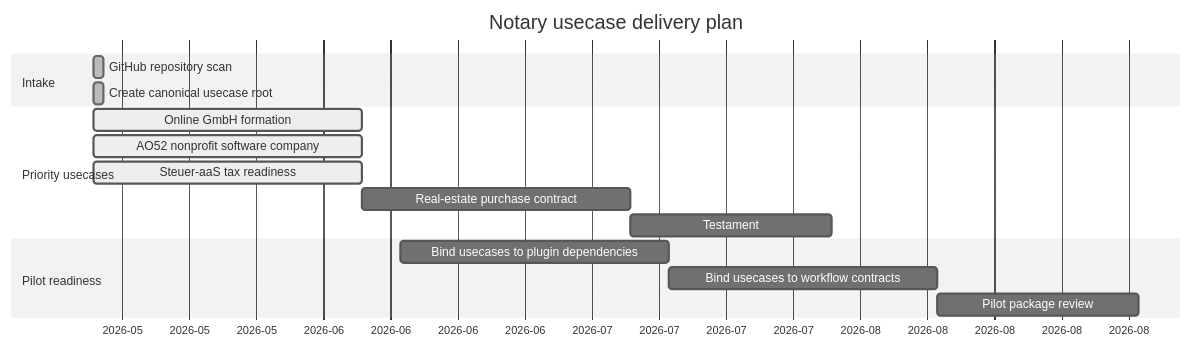
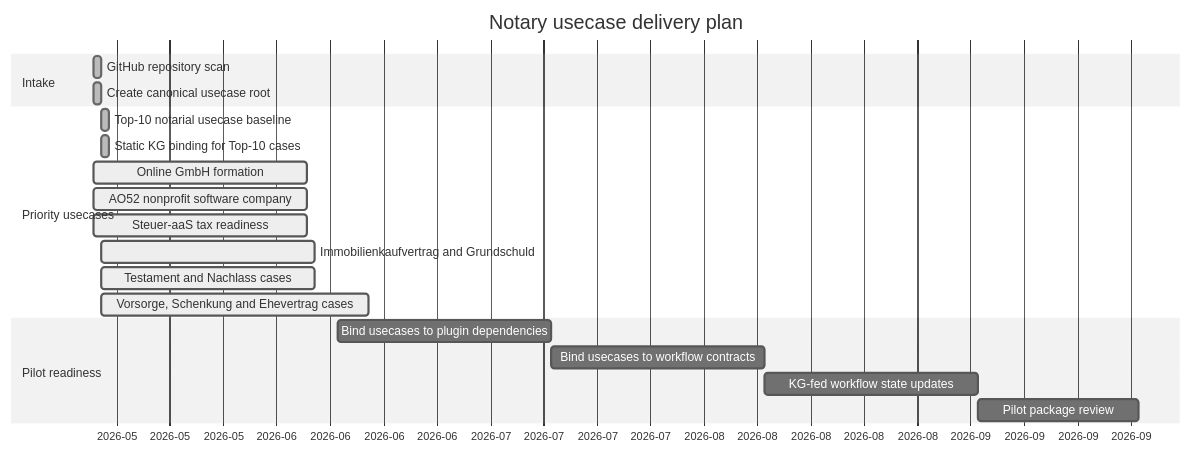
One commit to notariat8/NaC changed the diagram in usecases/GANTT.md. Above: the diagram before and after it, drawn with Mermaid (neutral theme). The commit also changed other lines of this file and 20 other files, not shown here.

Commit message:
Add top 10 notarial knowledge graph

````diff
--- a/usecases/GANTT.md
+++ b/usecases/GANTT.md
@@ -5,22 +5,26 @@
 ```mermaid
 gantt
     title Notary usecase delivery plan
     dateFormat  YYYY-MM-DD
     axisFormat  %Y-%m
 
     section Intake
     GitHub repository scan                      :done,   u1, 2026-05-14, 1d
     Create canonical usecase root              :done,   u2, 2026-05-14, 1d
 
     section Priority usecases
-    Online GmbH formation                       :active, u3, 2026-05-14, 28d
-    AO52 nonprofit software company            :active, u4, 2026-05-14, 28d
-    Steuer-aaS tax readiness                    :active, u5, 2026-05-14, 28d
-    Real-estate purchase contract              :        u6, after u5, 28d
-    Testament                                  :        u7, after u6, 21d
+    Top-10 notarial usecase baseline           :done,   u3, 2026-05-15, 1d
+    Static KG binding for Top-10 cases         :done,   u4, 2026-05-15, 1d
+    Online GmbH formation                      :active, u5, 2026-05-14, 28d
+    AO52 nonprofit software company            :active, u6, 2026-05-14, 28d
+    Steuer-aaS tax readiness                   :active, u7, 2026-05-14, 28d
+    Immobilienkaufvertrag and Grundschuld      :active, u8, 2026-05-15, 28d
+    Testament and Nachlass cases               :active, u9, 2026-05-15, 28d
+    Vorsorge, Schenkung and Ehevertrag cases   :active, u10, 2026-05-15, 35d
 
     section Pilot readiness
-    Bind usecases to plugin dependencies        :        u8, 2026-06-15, 28d
-    Bind usecases to workflow contracts         :        u9, after u8, 28d
-    Pilot package review                        :        u10, after u9, 21d
+    Bind usecases to plugin dependencies        :        u11, 2026-06-15, 28d
+    Bind usecases to workflow contracts         :        u12, after u11, 28d
+    KG-fed workflow state updates               :        u13, after u12, 28d
+    Pilot package review                        :        u14, after u13, 21d
 ```
````
